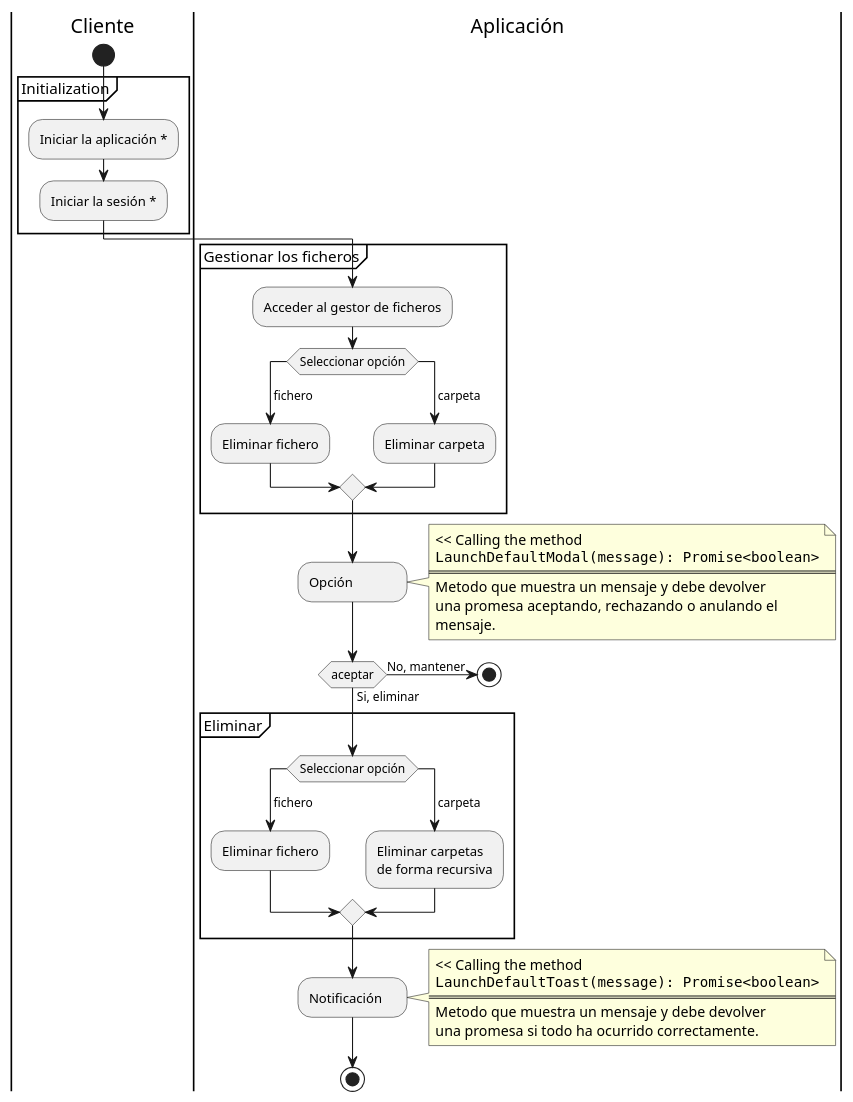
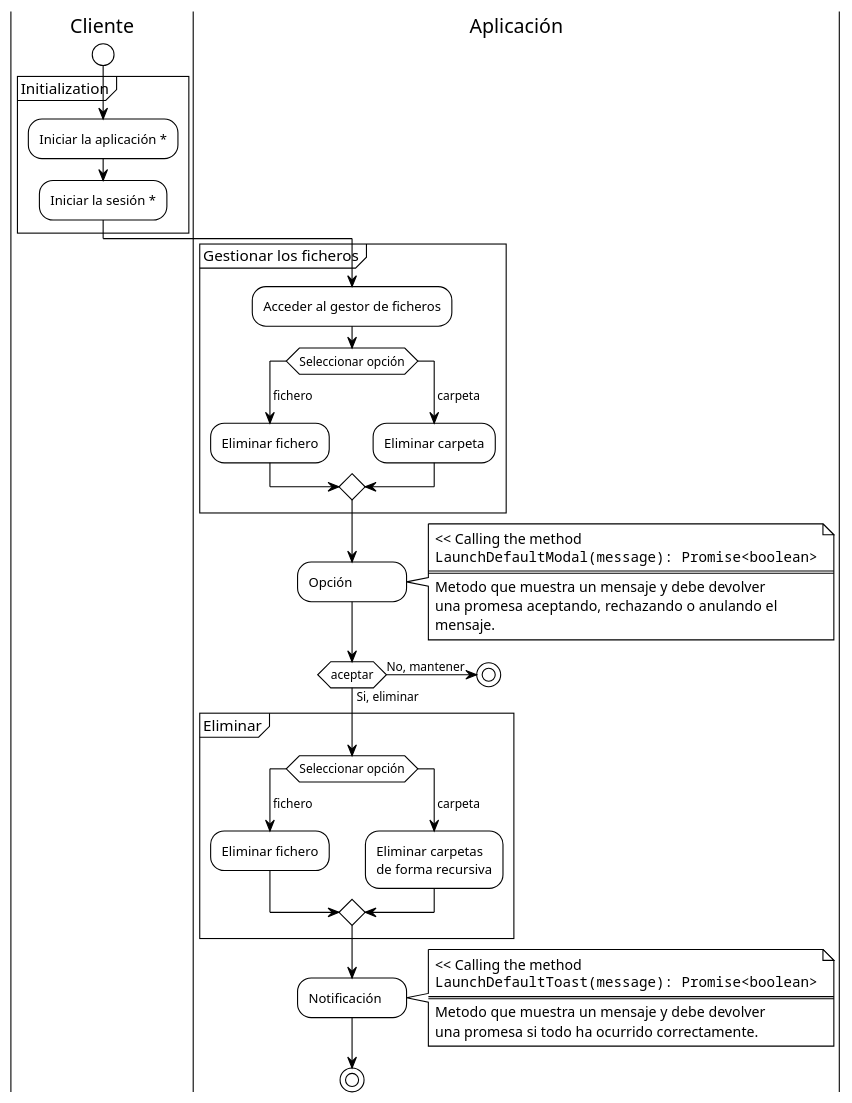
One commit to nonodev96/THUMDER changed the diagram in UML/6.ActivityDiagram/6.3c.ActivityDiagram.puml. Above: the diagram before and after it, drawn with PlantUML. The commit also changed 77 other files, not shown here.

Commit message:
fix files in file system storage (delete item) add new pipe Object entries add beta grid view refactor AccordionCard drag in docs refactor forms in login, register and forgot. Add UML

```diff
--- a/UML/6.ActivityDiagram/6.3c.ActivityDiagram.puml
+++ b/UML/6.ActivityDiagram/6.3c.ActivityDiagram.puml
@@ -1,66 +1,66 @@
 @startuml
 'https://plantuml.com/activity-diagram-beta
-'!theme amiga from https://raw.githubusercontent.com/plantuml/plantuml/master/themes
+!theme plain
 
 'Eliminar fichero / carpeta
 skinparam defaultFontName consolas
 skinparam minClassWidth 100
 skinparam conditionStyle inside
 
 |Cliente|
 
   start
   partition Initialization {
     :Iniciar la aplicación *;
     :Iniciar la sesión *;
   }
 
 |Aplicación|
 
   partition "Gestionar los ficheros" {
     :Acceder al gestor de ficheros;
 
     switch (Seleccionar opción)
       case ( fichero )
         :Eliminar fichero;
       case ( carpeta )
         :Eliminar carpeta;
     endswitch
   }
 
   :Opción;
   note right
     << Calling the method
     ""LaunchDefaultModal(message): Promise<boolean>""
     ====
     Metodo que muestra un mensaje y debe devolver
     una promesa aceptando, rechazando o anulando el
     mensaje.
   end note
 
   if (aceptar) then (Si, eliminar)
     partition "Eliminar" {
     switch (Seleccionar opción)
       case ( fichero )
         :Eliminar fichero;
       case ( carpeta )
         :Eliminar carpetas \nde forma recursiva;
       endswitch
     }
     :Notificación;
     note right
       << Calling the method
       ""LaunchDefaultToast(message): Promise<boolean>""
       ====
       Metodo que muestra un mensaje y debe devolver
       una promesa si todo ha ocurrido correctamente.
     end note
   else (No, mantener)
     stop
   endif
 
 stop
 
 
 
 @enduml
```
